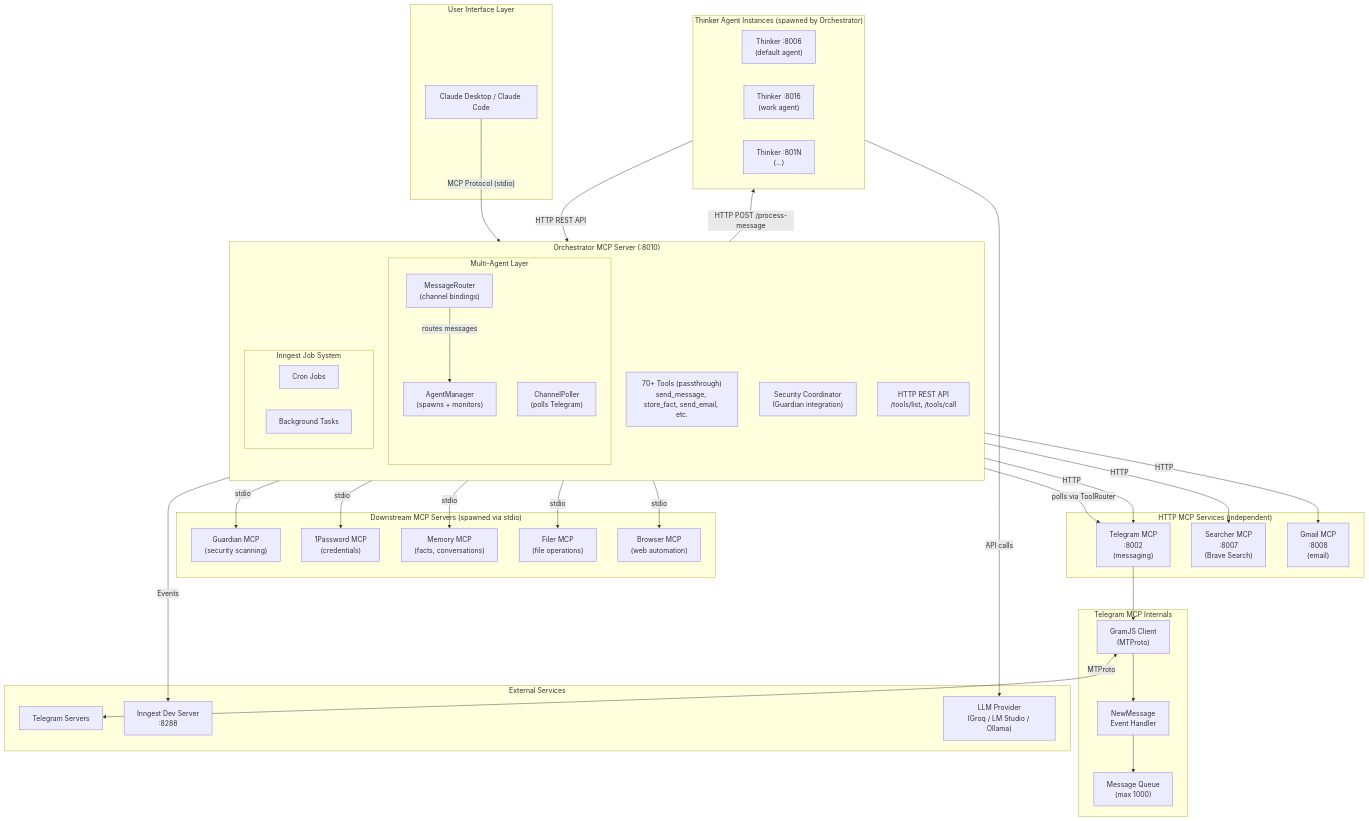
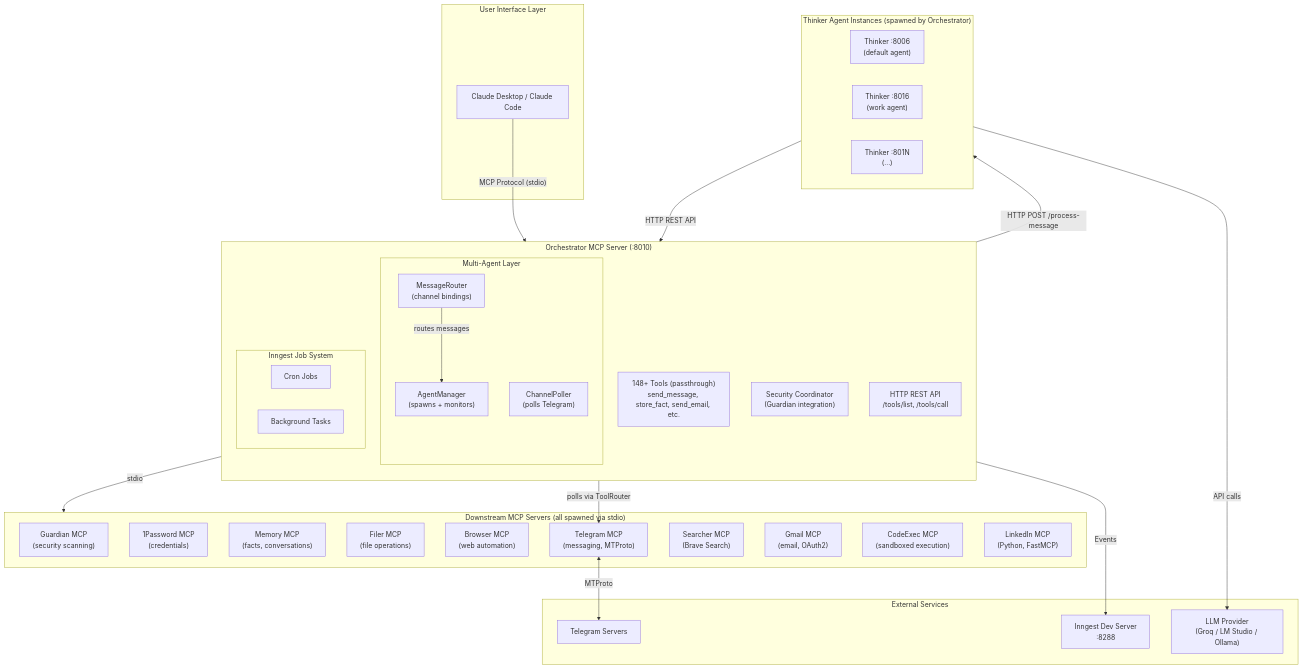
Before and after one commit to cwikio/Hexa-Puffs: the first of 3 diagrams in README.md, drawn with Mermaid. The commit also changed other lines of this file and 77 other files, not shown here.

````diff
--- a/README.md
+++ b/README.md
@@ -53,75 +53,58 @@
 ```mermaid
 flowchart TB
     subgraph UI["User Interface Layer"]
         Claude["Claude Desktop / Claude Code"]
     end
 
     subgraph Orchestrator["Orchestrator MCP Server (:8010)"]
         direction TB
-        Tools["70+ Tools (passthrough)<br/>send_message, store_fact, send_email, etc."]
+        Tools["148+ Tools (passthrough)<br/>send_message, store_fact, send_email, etc."]
         Security["Security Coordinator<br/>(Guardian integration)"]
         HTTPAPI["HTTP REST API<br/>/tools/list, /tools/call"]
         subgraph MultiAgent["Multi-Agent Layer"]
             ChannelPoller["ChannelPoller<br/>(polls Telegram)"]
             MsgRouter["MessageRouter<br/>(channel bindings)"]
             AgentMgr["AgentManager<br/>(spawns + monitors)"]
         end
         subgraph Jobs["Inngest Job System"]
             Cron["Cron Jobs"]
             Background["Background Tasks"]
         end
     end
 
     subgraph Agents["Thinker Agent Instances (spawned by Orchestrator)"]
         Agent1["Thinker :8006<br/>(default agent)"]
         Agent2["Thinker :8016<br/>(work agent)"]
         AgentN["Thinker :801N<br/>(...)"]
     end
 
-    subgraph MCPs["Downstream MCP Servers (spawned via stdio)"]
+    subgraph MCPs["Downstream MCP Servers (all spawned via stdio)"]
         Guardian["Guardian MCP<br/>(security scanning)"]
         OnePass["1Password MCP<br/>(credentials)"]
         Memory["Memory MCP<br/>(facts, conversations)"]
         Filer["Filer MCP<br/>(file operations)"]
         Browser["Browser MCP<br/>(web automation)"]
-    end
-
-    subgraph HTTPMCPs["HTTP MCP Services (independent)"]
-        Telegram["Telegram MCP<br/>:8002<br/>(messaging)"]
-        Searcher["Searcher MCP<br/>:8007<br/>(Brave Search)"]
-        Gmail["Gmail MCP<br/>:8008<br/>(email)"]
-    end
-
-    subgraph TelegramInternals["Telegram MCP Internals"]
-        GramJS["GramJS Client<br/>(MTProto)"]
-        EventHandler["NewMessage<br/>Event Handler"]
-        Queue["Message Queue<br/>(max 1000)"]
+        Telegram["Telegram MCP<br/>(messaging, MTProto)"]
+        Searcher["Searcher MCP<br/>(Brave Search)"]
+        Gmail["Gmail MCP<br/>(email, OAuth2)"]
+        CodeExec["CodeExec MCP<br/>(sandboxed execution)"]
+        LinkedIn["LinkedIn MCP<br/>(Python, FastMCP)"]
     end
 
     subgraph External["External Services"]
         TelegramAPI["Telegram Servers"]
         InngestDev["Inngest Dev Server<br/>:8288"]
         LLM["LLM Provider<br/>(Groq / LM Studio / Ollama)"]
     end
 
     Claude -->|"MCP Protocol (stdio)"| Orchestrator
     ChannelPoller -->|"polls via ToolRouter"| Telegram
     MsgRouter -->|"routes messages"| AgentMgr
     AgentMgr -->|"HTTP POST /process-message"| Agents
     Agents -->|"HTTP REST API"| HTTPAPI
     Agents -->|"API calls"| LLM
-    Orchestrator -->|stdio| Guardian
-    Orchestrator -->|stdio| OnePass
-    Orchestrator -->|stdio| Memory
-    Orchestrator -->|stdio| Filer
-    Orchestrator -->|stdio| Browser
-    Orchestrator -->|HTTP| Telegram
-    Orchestrator -->|HTTP| Searcher
-    Orchestrator -->|HTTP| Gmail
+    Orchestrator -->|stdio| MCPs
     Jobs -->|Events| InngestDev
 
-    Telegram --> GramJS
-    GramJS --> EventHandler
-    EventHandler --> Queue
-    GramJS <-->|MTProto| TelegramAPI
+    Telegram <-->|MTProto| TelegramAPI
 ```
````
